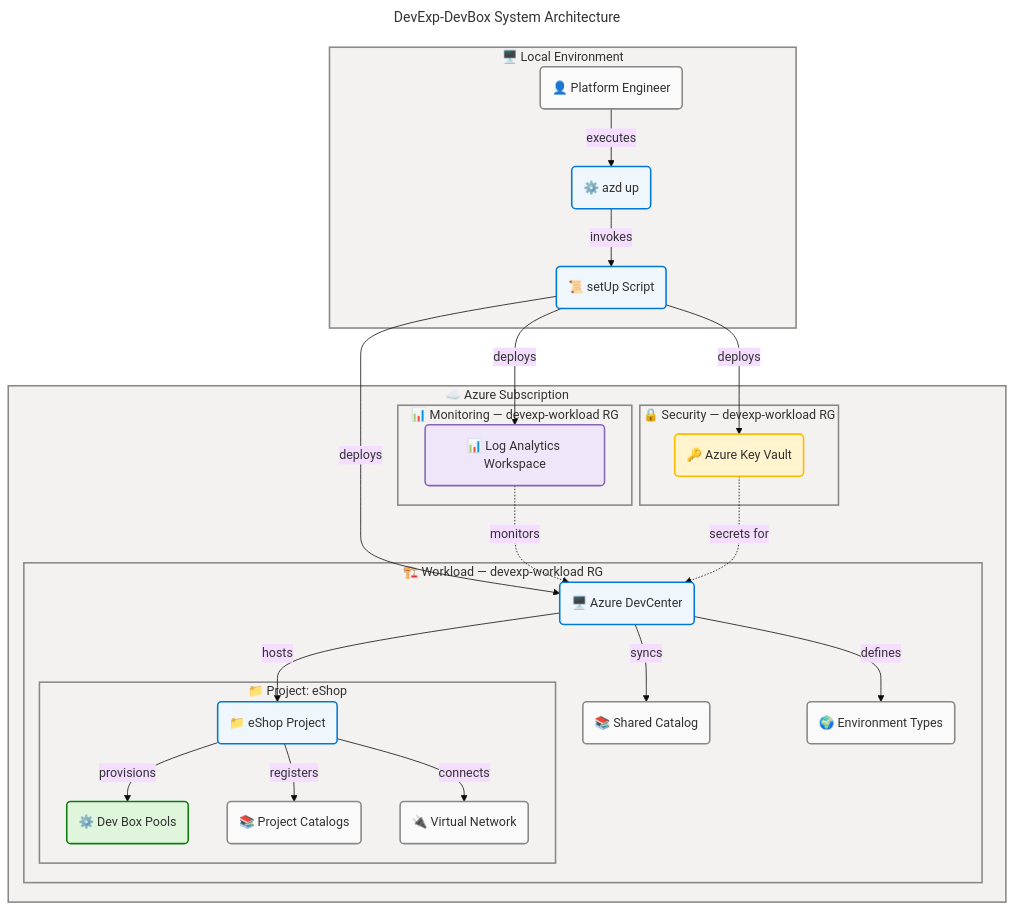
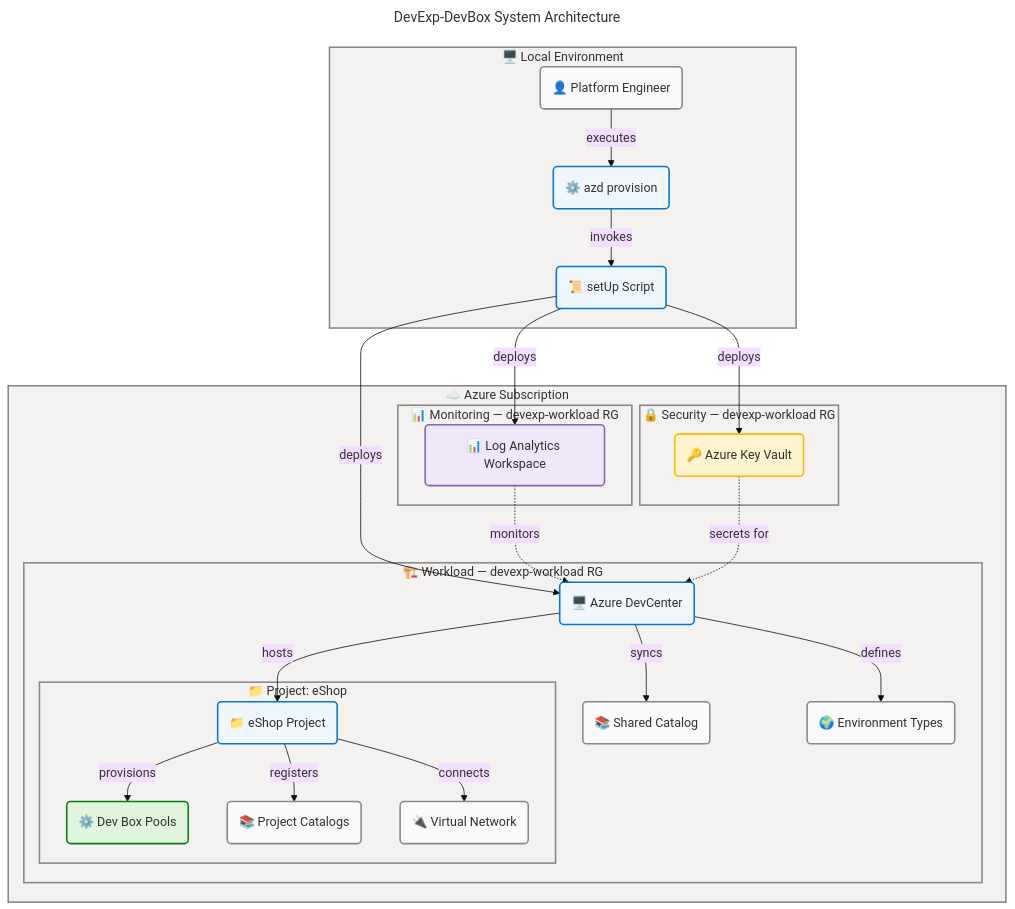
The diagram in README.md (Evilazaro/DevExp-DevBox), drawn with Mermaid before and after one commit. The commit also changed other lines of this file, not shown here.

Commit message:
fix: update README.md to replace 'azd up' with 'azd provision' for accurate deployment instructions

````diff
--- a/README.md
+++ b/README.md
@@ -50,79 +51,79 @@
 ```mermaid
 ---
 title: "DevExp-DevBox System Architecture"
 config:
   theme: base
   look: classic
   layout: dagre
   flowchart:
     htmlLabels: true
 ---
 flowchart TB
     accTitle: DevExp-DevBox System Architecture
     accDescr: End-to-end architecture diagram showing platform engineer provisioning workflow, Azure Developer CLI orchestration, and Azure resource topology for the Microsoft Dev Box accelerator
 
     %% ═══════════════════════════════════════════════════════════════════════════
     %% AZURE / FLUENT ARCHITECTURE PATTERN v1.1
     %% (Semantic + Structural + Font + Accessibility Governance)
     %% ═══════════════════════════════════════════════════════════════════════════
     %% PHASE 1 - FLUENT UI: All styling uses approved Fluent UI palette only
     %% PHASE 2 - GROUPS: Every subgraph has semantic color via style directive
     %% PHASE 3 - COMPONENTS: Every node has semantic classDef + icon prefix
     %% PHASE 4 - ACCESSIBILITY: accTitle/accDescr present, WCAG AA contrast
     %% PHASE 5 - STANDARD: Governance block present, classDefs centralized
     %% ═══════════════════════════════════════════════════════════════════════════
 
     subgraph devEnv["🖥️ Local Environment"]
         dev("👤 Platform Engineer"):::neutral
-        azdUp("⚙️ azd up"):::core
+        azdUp("⚙️ azd provision"):::core
         setScript("📜 setUp Script"):::core
     end
 
     subgraph azureSub["☁️ Azure Subscription"]
         subgraph monitoringLayer["📊 Monitoring — devexp-workload RG"]
             la("📊 Log Analytics Workspace"):::data
         end
         subgraph securityLayer["🔒 Security — devexp-workload RG"]
             kv("🔑 Azure Key Vault"):::warning
         end
         subgraph workloadLayer["🏗️ Workload — devexp-workload RG"]
             dc("🖥️ Azure DevCenter"):::core
             catalog("📚 Shared Catalog"):::neutral
             envTypes("🌍 Environment Types"):::neutral
             subgraph eShopProject["📁 Project: eShop"]
                 proj("📁 eShop Project"):::core
                 pools("⚙️ Dev Box Pools"):::success
                 projCatalog("📚 Project Catalogs"):::neutral
                 vnet("🔌 Virtual Network"):::neutral
             end
         end
     end
 
     dev -->|"executes"| azdUp
     azdUp -->|"invokes"| setScript
     setScript -->|"deploys"| la
     setScript -->|"deploys"| kv
     setScript -->|"deploys"| dc
     dc -->|"syncs"| catalog
     dc -->|"defines"| envTypes
     dc -->|"hosts"| proj
     proj -->|"provisions"| pools
     proj -->|"registers"| projCatalog
     proj -->|"connects"| vnet
     la -.->|"monitors"| dc
     kv -.->|"secrets for"| dc
 
     style devEnv fill:#F3F2F1,stroke:#8A8886,stroke-width:2px,color:#323130
     style azureSub fill:#F3F2F1,stroke:#8A8886,stroke-width:2px,color:#323130
     style monitoringLayer fill:#F3F2F1,stroke:#8A8886,stroke-width:2px,color:#323130
     style securityLayer fill:#F3F2F1,stroke:#8A8886,stroke-width:2px,color:#323130
     style workloadLayer fill:#F3F2F1,stroke:#8A8886,stroke-width:2px,color:#323130
     style eShopProject fill:#F3F2F1,stroke:#8A8886,stroke-width:2px,color:#323130
 
     %% Centralized semantic classDefs (Phase 5 compliant)
     classDef neutral fill:#FAFAFA,stroke:#8A8886,stroke-width:2px,color:#323130
     classDef core fill:#EFF6FC,stroke:#0078D4,stroke-width:2px,color:#323130
     classDef success fill:#DFF6DD,stroke:#107C10,stroke-width:2px,color:#323130
     classDef warning fill:#FFF4CE,stroke:#FFB900,stroke-width:2px,color:#323130
     classDef data fill:#F0E6FA,stroke:#8764B8,stroke-width:2px,color:#323130
 ```
````
